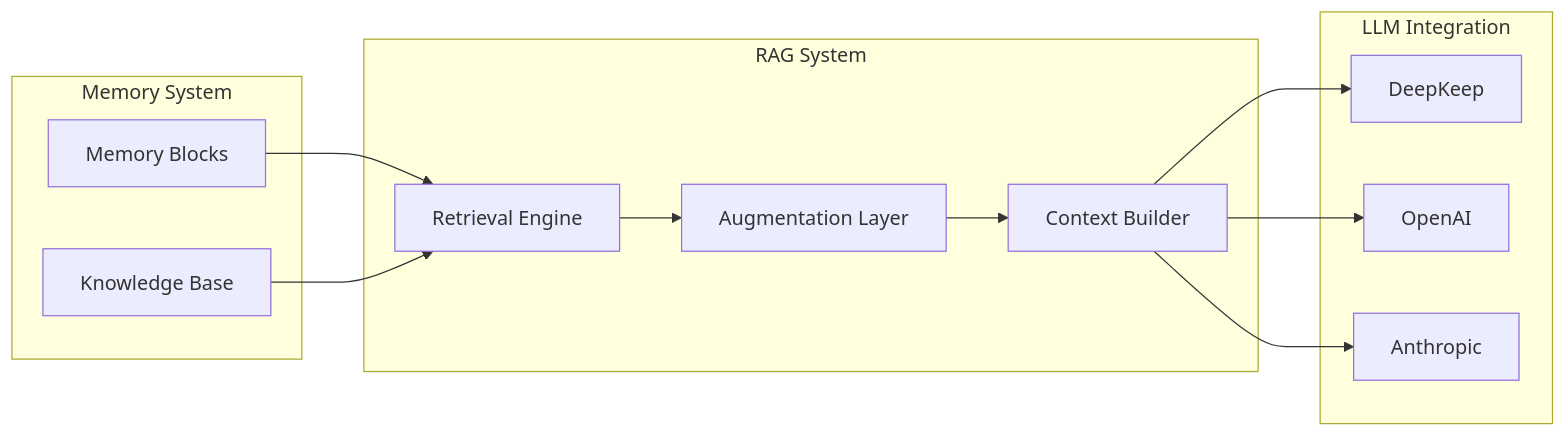
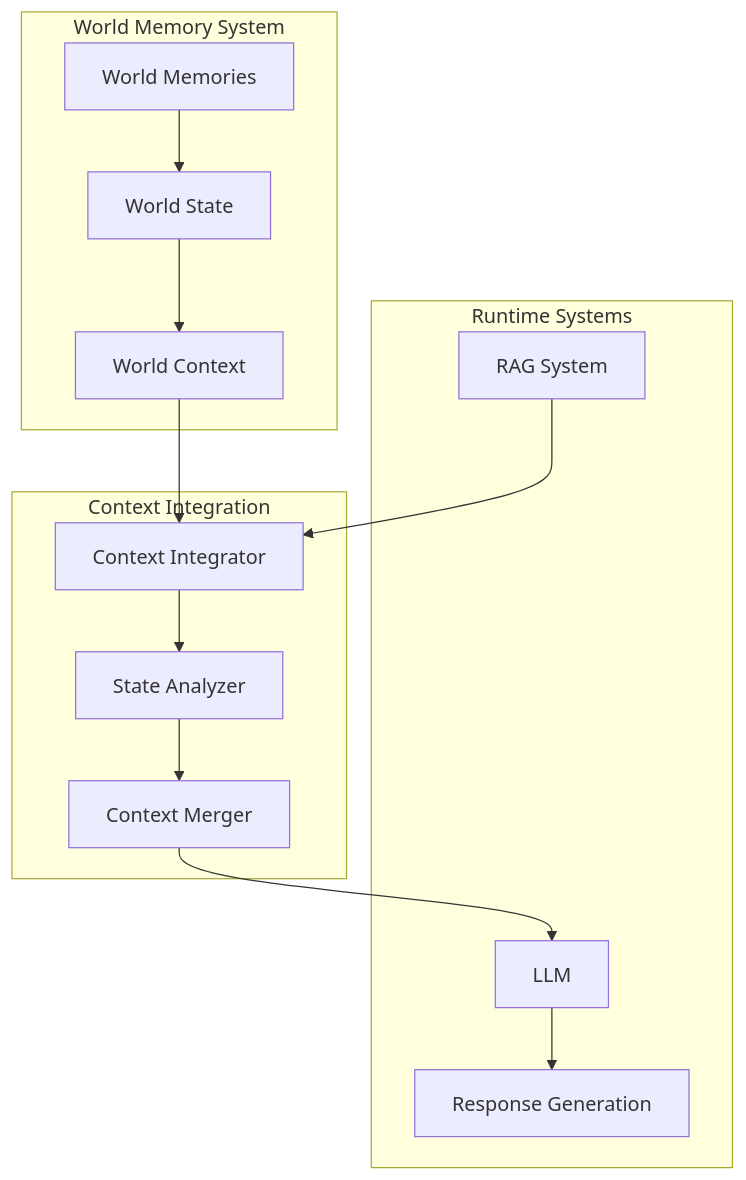
The second of 3 diagrams in docs/core-concepts/overview.md (Vortx-AI/synthetic-satellite), drawn with Mermaid before and after one commit. The commit also changed other lines of this file, not shown here.

````diff
--- a/docs/core-concepts/overview.md
+++ b/docs/core-concepts/overview.md
@@ -117,25 +124,29 @@
 ```mermaid
-graph LR
-    subgraph "Memory System"
-        MB[Memory Blocks]
-        KB[Knowledge Base]
+graph TD
+    subgraph "World Memory System"
+        WM[World Memories]
+        WS[World State]
+        WC[World Context]
     end
 
-    subgraph "RAG System"
-        RE[Retrieval Engine]
-        AUG[Augmentation Layer]
-        CTX[Context Builder]
+    subgraph "Runtime Systems"
+        RAG[RAG System]
+        LLM[LLM]
+        RESP[Response Generation]
     end
 
-    subgraph "LLM Integration"
-        DP[DeepKeep]
-        OAI[OpenAI]
-        ANT[Anthropic]
+    subgraph "Context Integration"
+        CI[Context Integrator]
+        SA[State Analyzer]
+        CM[Context Merger]
     end
 
-    MB --> RE
-    KB --> RE
-    RE --> AUG
-    AUG --> CTX
-    CTX --> DP & OAI & ANT
+    WM --> WS
+    WS --> WC
+    WC --> CI
+    RAG --> CI
+    CI --> SA
+    SA --> CM
+    CM --> LLM
+    LLM --> RESP
 ```
````
